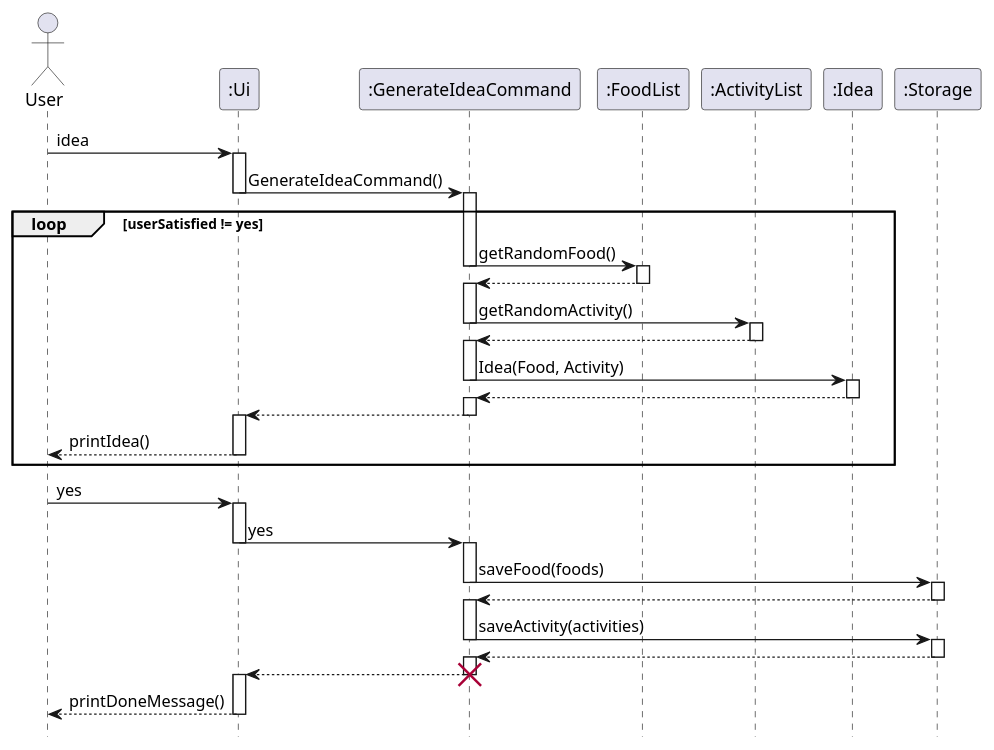
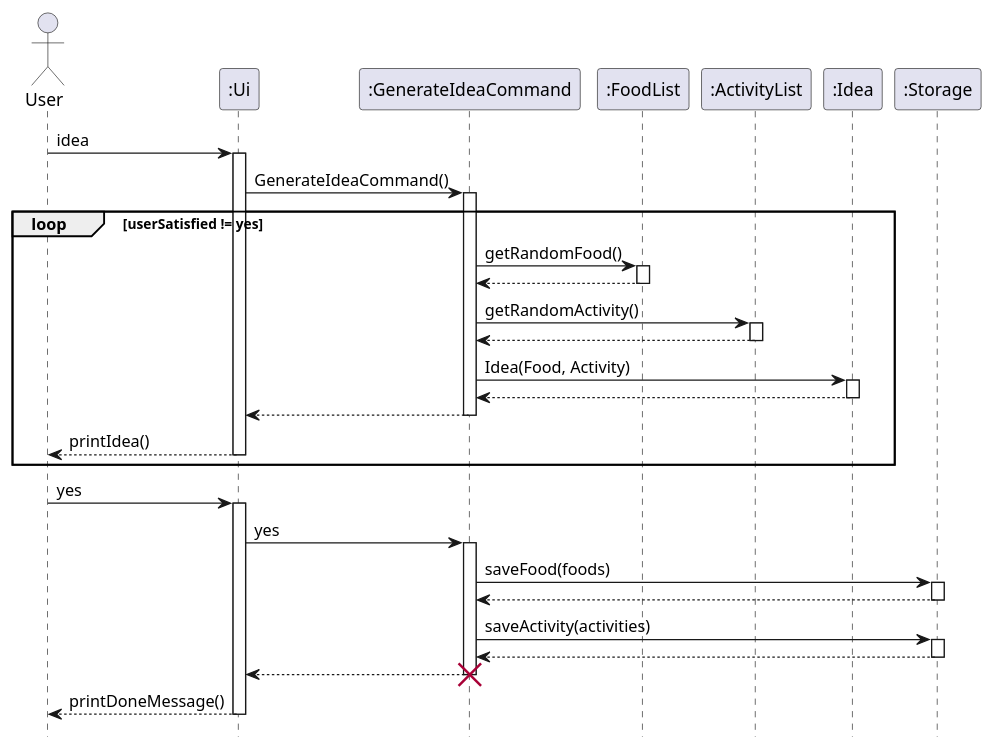
One commit to RyanTDL/tp changed the diagram in docs/diagrams/GenerateIdeaCommandSequenceDiagram.puml. Above: the diagram before and after it, drawn with PlantUML. The commit also changed 1 other file, not shown here.

```diff
--- a/docs/diagrams/GenerateIdeaCommandSequenceDiagram.puml
+++ b/docs/diagrams/GenerateIdeaCommandSequenceDiagram.puml
@@ -1,72 +1,57 @@
 @startuml
 'https://plantuml.com/sequence-diagram
 hide footbox
 
 actor User as User
 participant ":Ui" as Ui
 participant ":GenerateIdeaCommand" as GenerateIdeaCommand
 participant ":FoodList" as FoodList
 participant ":ActivityList" as ActivityList
 participant ":Idea" as Idea
 participant ":Storage" as Storage
 
 User -> Ui: idea
 activate Ui
 Ui -> GenerateIdeaCommand: GenerateIdeaCommand()
-deactivate Ui
 activate GenerateIdeaCommand
 
 loop userSatisfied != yes
     GenerateIdeaCommand -> FoodList: getRandomFood()
-    deactivate GenerateIdeaCommand
     activate FoodList
     FoodList --> GenerateIdeaCommand
     deactivate FoodList
-    activate GenerateIdeaCommand
-
 
     GenerateIdeaCommand -> ActivityList: getRandomActivity()
-    deactivate GenerateIdeaCommand
     activate ActivityList
     ActivityList --> GenerateIdeaCommand
     deactivate ActivityList
-    activate GenerateIdeaCommand
 
     GenerateIdeaCommand -> Idea: Idea(Food, Activity)
-    deactivate GenerateIdeaCommand
     activate Idea
     Idea --> GenerateIdeaCommand:
     deactivate Idea
-    activate GenerateIdeaCommand
     GenerateIdeaCommand --> Ui:
     deactivate GenerateIdeaCommand
-    activate Ui
     Ui --> User: printIdea()
     deactivate Ui
 end
 
 User -> Ui: yes
 activate Ui
 Ui -> GenerateIdeaCommand: yes
-deactivate Ui
 activate GenerateIdeaCommand
 GenerateIdeaCommand -> Storage: saveFood(foods)
-deactivate GenerateIdeaCommand
 activate Storage
 Storage --> GenerateIdeaCommand
 deactivate Storage
-activate GenerateIdeaCommand
 GenerateIdeaCommand -> Storage: saveActivity(activities)
-deactivate GenerateIdeaCommand
 activate Storage
 Storage --> GenerateIdeaCommand
 deactivate Storage
-activate GenerateIdeaCommand
 GenerateIdeaCommand --> Ui:
 deactivate GenerateIdeaCommand
 destroy GenerateIdeaCommand
-activate Ui
 Ui --> User: printDoneMessage()
 deactivate Ui
 
 @enduml
```
